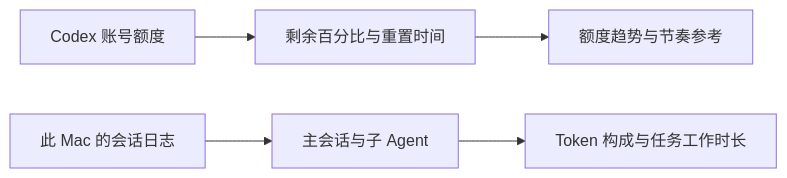
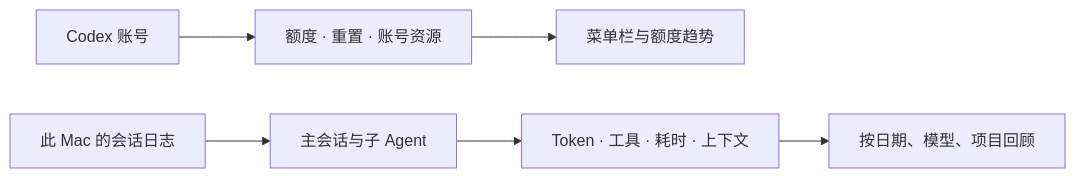
Before and after one commit to sherlockmen/Donvis: the diagram in README.md, drawn with Mermaid. The commit also changed other lines of this file and 5 other files, not shown here.

````diff
--- a/README.md
+++ b/README.md
@@ -95,7 +157,8 @@
 ```mermaid
 flowchart LR
-    A[Codex 账号额度] --> B[剩余百分比与重置时间]
-    B --> C[额度趋势与节奏参考]
+    A[Codex 账号] --> B[额度 · 重置 · 账号资源]
+    B --> C[菜单栏与额度趋势]
     D[此 Mac 的会话日志] --> E[主会话与子 Agent]
-    E --> F[Token 构成与任务工作时长]
+    E --> F[Token · 工具 · 耗时 · 上下文]
+    F --> G[按日期、模型、项目回顾]
 ```
````
